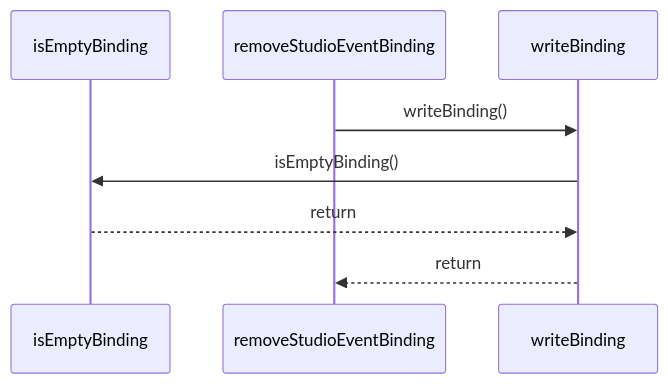
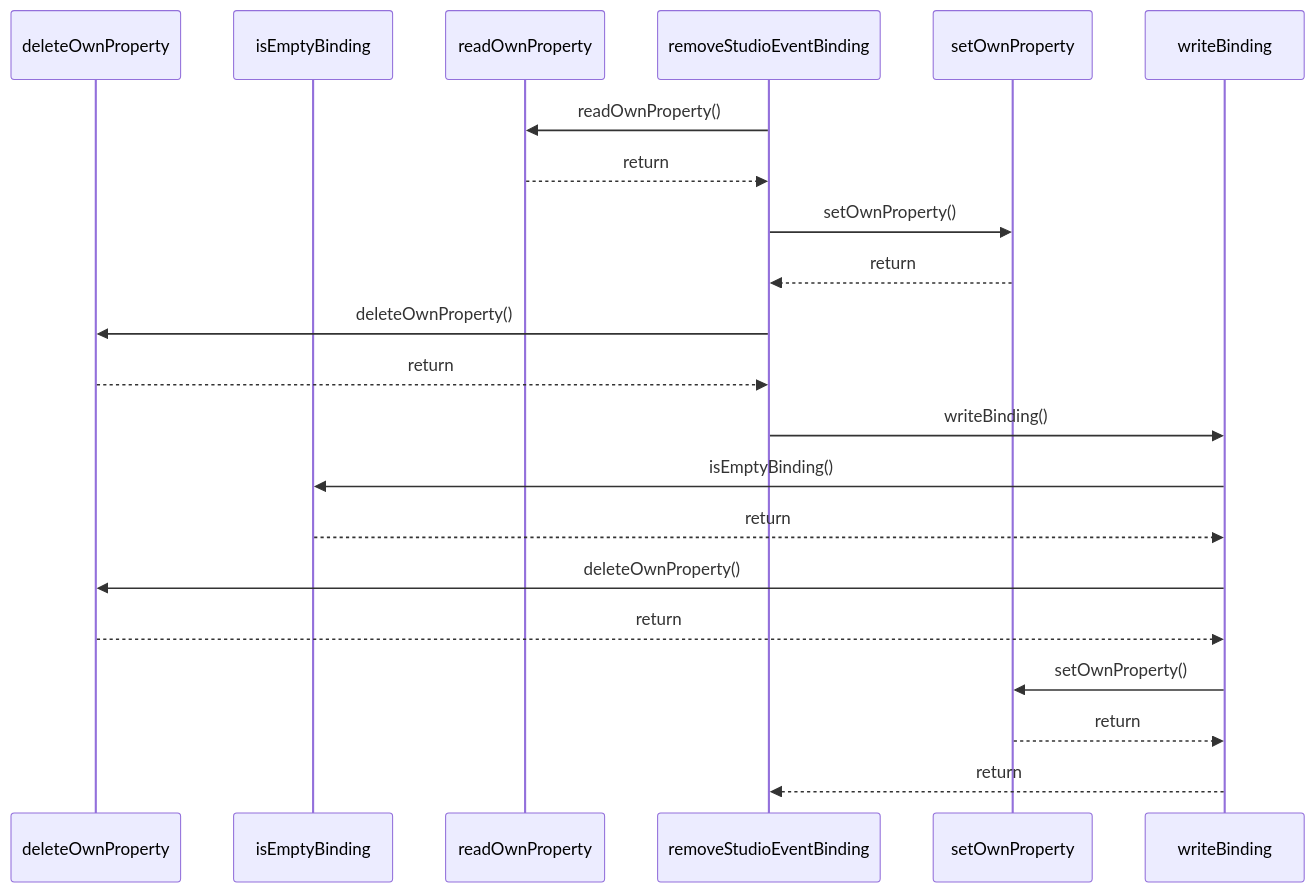
One commit to ankhorage/studio changed the diagram in paradox/diagrams/sequences/remove-studio-event-binding.mmd. Above: the diagram before and after it, drawn with Mermaid. The commit also changed 18 other files, not shown here.

```diff
--- a/paradox/diagrams/sequences/remove-studio-event-binding.mmd
+++ b/paradox/diagrams/sequences/remove-studio-event-binding.mmd
@@ -1,8 +1,21 @@
 sequenceDiagram
+  participant participant_deleteOwnProperty as deleteOwnProperty
   participant participant_isEmptyBinding as isEmptyBinding
+  participant participant_readOwnProperty as readOwnProperty
   participant participant_removeStudioEventBinding as removeStudioEventBinding
+  participant participant_setOwnProperty as setOwnProperty
   participant participant_writeBinding as writeBinding
+  participant_removeStudioEventBinding->>participant_readOwnProperty: readOwnProperty()
+  participant_readOwnProperty-->>participant_removeStudioEventBinding: return
+  participant_removeStudioEventBinding->>participant_setOwnProperty: setOwnProperty()
+  participant_setOwnProperty-->>participant_removeStudioEventBinding: return
+  participant_removeStudioEventBinding->>participant_deleteOwnProperty: deleteOwnProperty()
+  participant_deleteOwnProperty-->>participant_removeStudioEventBinding: return
   participant_removeStudioEventBinding->>participant_writeBinding: writeBinding()
   participant_writeBinding->>participant_isEmptyBinding: isEmptyBinding()
   participant_isEmptyBinding-->>participant_writeBinding: return
+  participant_writeBinding->>participant_deleteOwnProperty: deleteOwnProperty()
+  participant_deleteOwnProperty-->>participant_writeBinding: return
+  participant_writeBinding->>participant_setOwnProperty: setOwnProperty()
+  participant_setOwnProperty-->>participant_writeBinding: return
   participant_writeBinding-->>participant_removeStudioEventBinding: return
```
